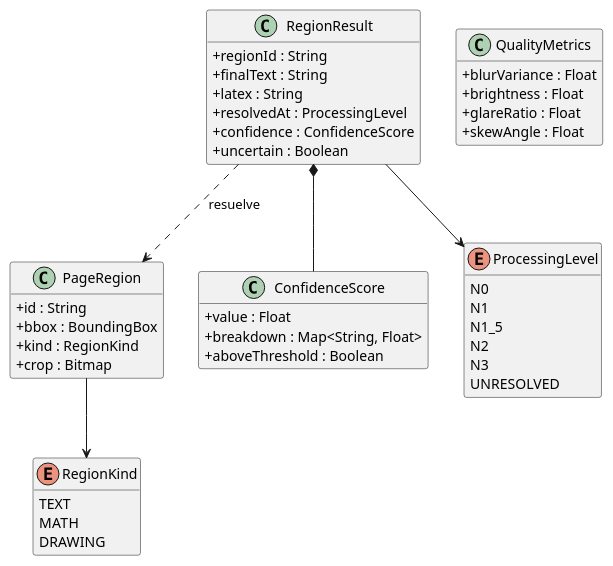
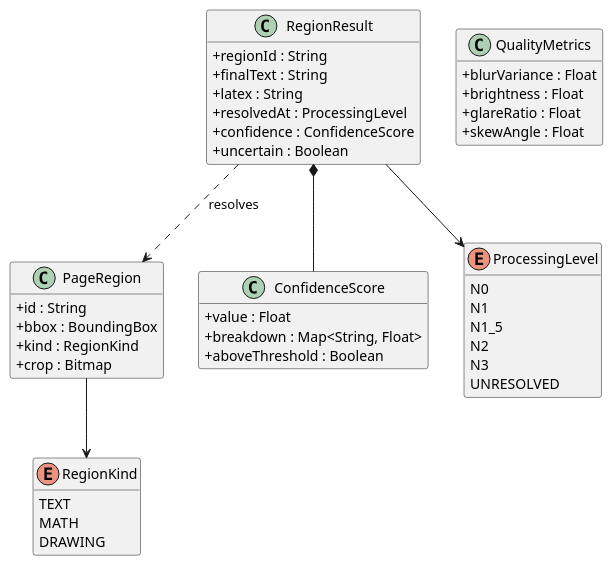
Before and after one commit to Bloodiewormer/Proyecto-Plataformas-Moviles: the second of 5 diagrams in docs/Glifo_Arquitectura_Estandares.md, drawn with PlantUML. The commit also changed other lines of this file and 75 other files, not shown here.

First line of the commit message:
feat: implement note persistence, offline sync, and architectural documentation updates

````diff
--- a/docs/Glifo_Arquitectura_Estandares.md
+++ b/docs/Glifo_Arquitectura_Estandares.md
@@ -367,55 +297,55 @@
 ```plantuml
 @startuml Glifo_Contratos_Pipeline
 skinparam classAttributeIconSize 0
 hide empty methods
 
 class PageRegion {
   + id : String
   + bbox : BoundingBox
   + kind : RegionKind
   + crop : Bitmap
 }
 
 class RegionResult {
   + regionId : String
   + finalText : String
   + latex : String
   + resolvedAt : ProcessingLevel
   + confidence : ConfidenceScore
   + uncertain : Boolean
 }
 
 class ConfidenceScore {
   + value : Float
   + breakdown : Map<String, Float>
   + aboveThreshold : Boolean
 }
 
 class QualityMetrics {
   + blurVariance : Float
   + brightness : Float
   + glareRatio : Float
   + skewAngle : Float
 }
 
 enum RegionKind {
   TEXT
   MATH
   DRAWING
 }
 
 enum ProcessingLevel {
   N0
   N1
   N1_5
   N2
   N3
   UNRESOLVED
 }
 
 PageRegion --> RegionKind
 RegionResult *-- ConfidenceScore
 RegionResult --> ProcessingLevel
-RegionResult ..> PageRegion : resuelve
+RegionResult ..> PageRegion : resolves
 @enduml
 ```
````
